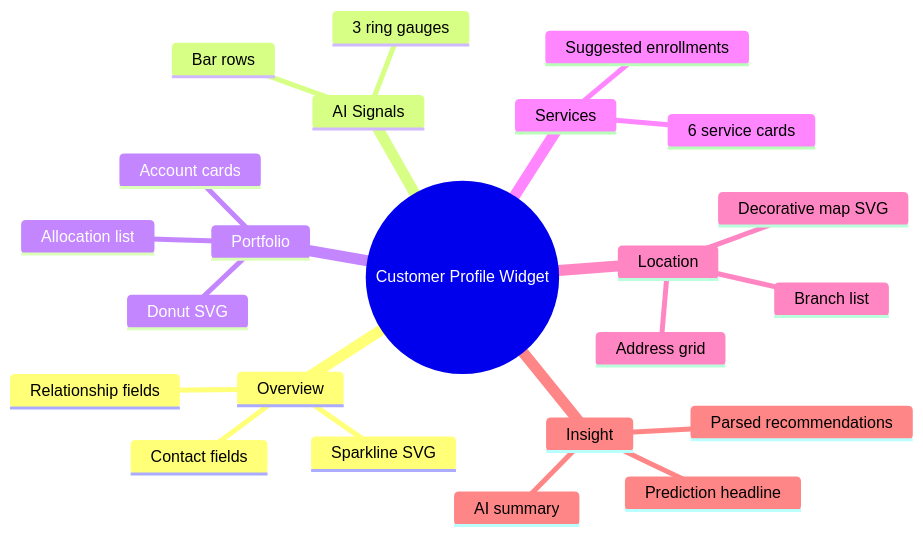
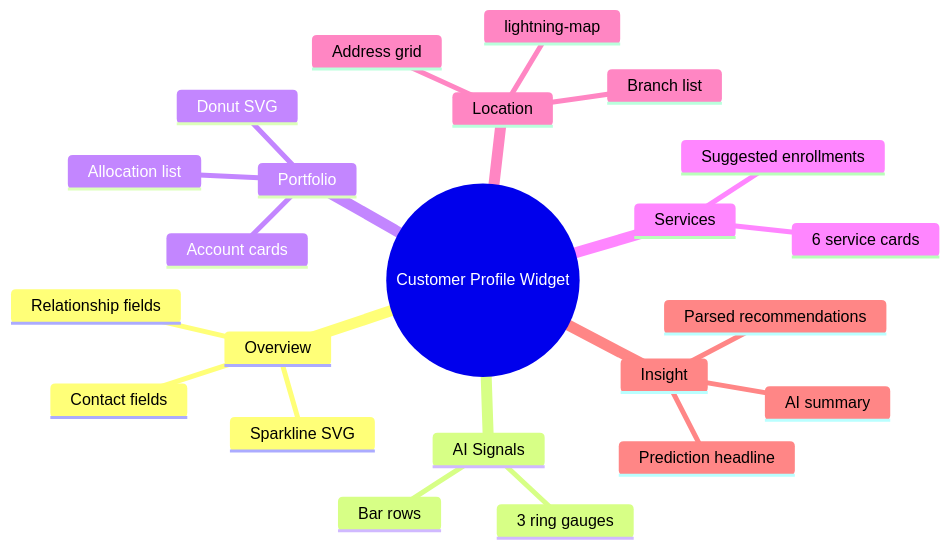
One commit to josers18/JDO changed the second of 7 diagrams in DC_PersonProfileWidget/docs/DIAGRAMS.md. Above: the diagram before and after it, drawn with Mermaid. The commit also changed other lines of this file and 32 other files, not shown here.

First line of the commit message:
docs(DC_PersonProfileWidget): guides, diagrams, samples, deploy/apex refs

````diff
--- a/DC_PersonProfileWidget/docs/DIAGRAMS.md
+++ b/DC_PersonProfileWidget/docs/DIAGRAMS.md
@@ -28,26 +26,26 @@
 ```mermaid
 mindmap
   root((Customer Profile Widget))
     Overview
       Contact fields
       Relationship fields
       Sparkline SVG
     AI Signals
       3 ring gauges
       Bar rows
     Portfolio
       Donut SVG
       Allocation list
       Account cards
     Services
       6 service cards
       Suggested enrollments
     Location
-      Decorative map SVG
+      lightning-map
       Address grid
       Branch list
     Insight
       Prediction headline
       AI summary
       Parsed recommendations
 ```
````
